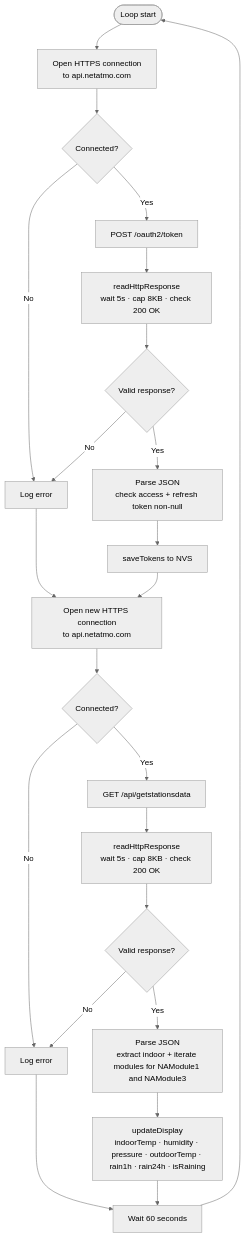
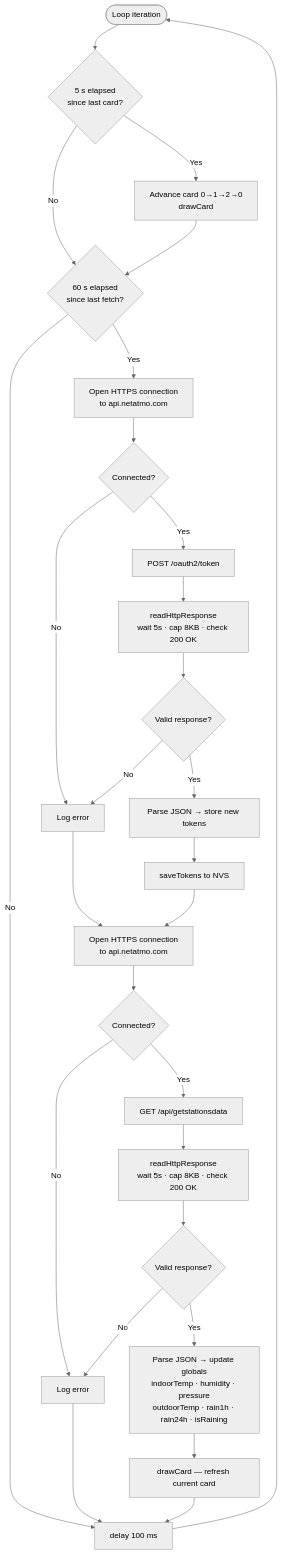
The sixth of 7 diagrams in README.md (vcchstrandberg/netatmo-weather-api), drawn with Mermaid (neutral theme) before and after one commit. The commit also changed other lines of this file, not shown here.

First line of the commit message:
Update README for rotating card display and non-blocking loop

````diff
--- a/README.md
+++ b/README.md
@@ -151,31 +159,38 @@
 ```mermaid
 flowchart TD
-    start([Loop start]) --> conn1[Open HTTPS connection\nto api.netatmo.com]
+    start([Loop iteration]) --> card{5 s elapsed\nsince last card?}
+    card -->|Yes| rotate[Advance card 0→1→2→0\ndrawCard]
+    card -->|No| fetch
+    rotate --> fetch
+
+    fetch{60 s elapsed\nsince last fetch?}
+    fetch -->|No| sleep[delay 100 ms]
+    fetch -->|Yes| conn1[Open HTTPS connection\nto api.netatmo.com]
 
     conn1 --> ok1{Connected?}
     ok1 -->|No| err1[Log error]
     ok1 -->|Yes| post[POST /oauth2/token]
 
     post --> read1[readHttpResponse\nwait 5s · cap 8KB · check 200 OK]
     read1 --> ok3{Valid response?}
     ok3 -->|No| err1
-    ok3 -->|Yes| parse1[Parse JSON\ncheck access + refresh token non-null]
+    ok3 -->|Yes| parse1[Parse JSON → store new tokens]
     parse1 --> save[saveTokens to NVS]
 
-    err1 --> conn2[Open new HTTPS connection\nto api.netatmo.com]
+    err1 --> conn2[Open HTTPS connection\nto api.netatmo.com]
     save --> conn2
 
     conn2 --> ok2{Connected?}
     ok2 -->|No| err2[Log error]
     ok2 -->|Yes| get[GET /api/getstationsdata]
 
     get --> read2[readHttpResponse\nwait 5s · cap 8KB · check 200 OK]
     read2 --> ok4{Valid response?}
     ok4 -->|No| err2
-    ok4 -->|Yes| parse2[Parse JSON\nextract indoor + iterate modules for NAModule1 and NAModule3]
-    parse2 --> display[updateDisplay\nindoorTemp · humidity · pressure · outdoorTemp · rain1h · rain24h · isRaining]
+    ok4 -->|Yes| parse2[Parse JSON → update globals\nindoorTemp · humidity · pressure\noutdoorTemp · rain1h · rain24h · isRaining]
+    parse2 --> drawcard[drawCard — refresh current card]
 
-    err2 --> wait[Wait 60 seconds]
-    display --> wait
-    wait --> start
+    err2 --> sleep
+    drawcard --> sleep
+    sleep --> start
 ```
````
